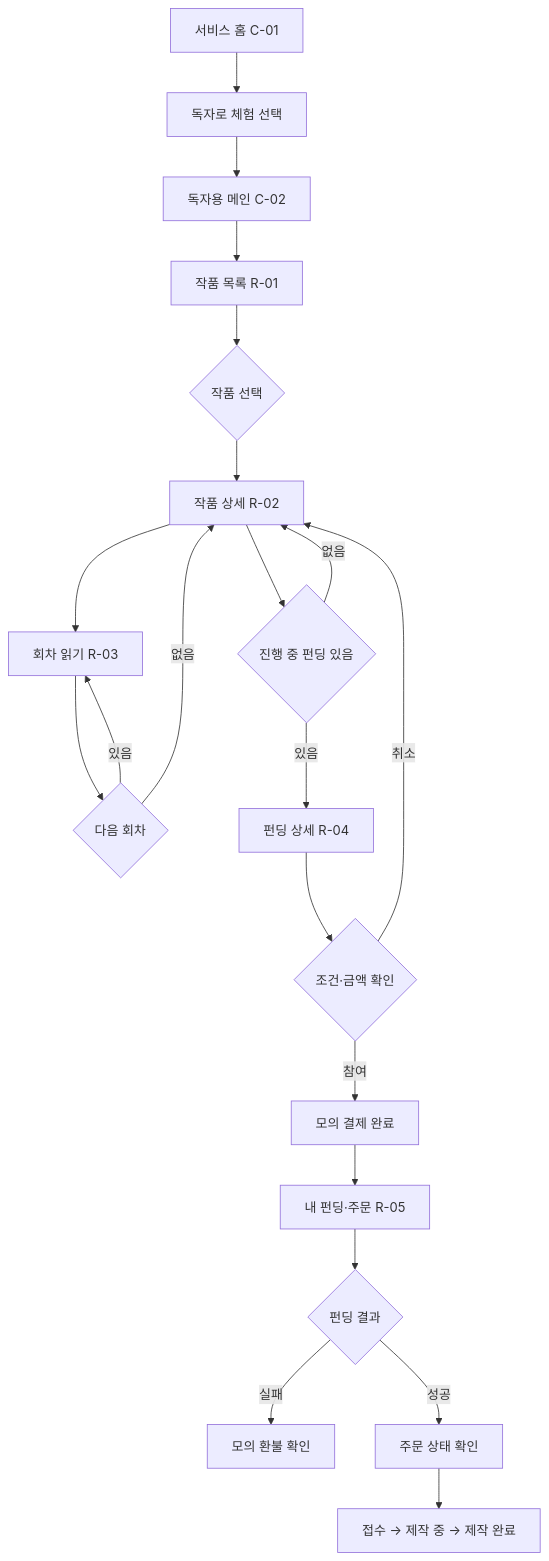
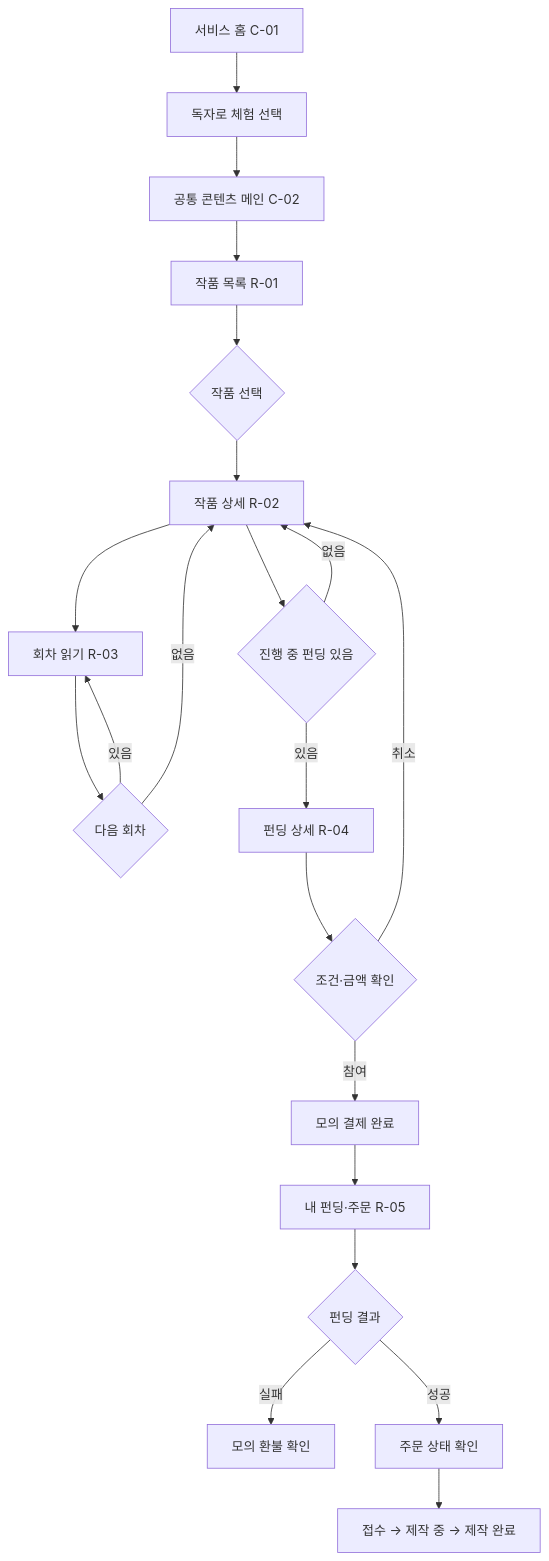
The first of 3 diagrams in docs/05_화면_정의서.md (021Skyfall/novelkeep), drawn with Mermaid before and after one commit. The commit also changed other lines of this file and 21 other files, not shown here.

````diff
--- a/docs/05_화면_정의서.md
+++ b/docs/05_화면_정의서.md
@@ -296,23 +311,23 @@
 ```mermaid
 flowchart TD
     A["서비스 홈 C-01"] --> A1["독자로 체험 선택"]
-    A1 --> A2["독자용 메인 C-02"]
+    A1 --> A2["공통 콘텐츠 메인 C-02"]
     A2 --> B["작품 목록 R-01"]
     B --> C{"작품 선택"}
     C --> D["작품 상세 R-02"]
     D --> E["회차 읽기 R-03"]
     E --> F{"다음 회차"}
     F -->|있음| E
     F -->|없음| D
     D --> G{"진행 중 펀딩 있음"}
     G -->|없음| D
     G -->|있음| H["펀딩 상세 R-04"]
     H --> I{"조건·금액 확인"}
     I -->|취소| D
     I -->|참여| J["모의 결제 완료"]
     J --> K["내 펀딩·주문 R-05"]
     K --> L{"펀딩 결과"}
     L -->|실패| M["모의 환불 확인"]
     L -->|성공| N["주문 상태 확인"]
     N --> O["접수 → 제작 중 → 제작 완료"]
 ```
````
